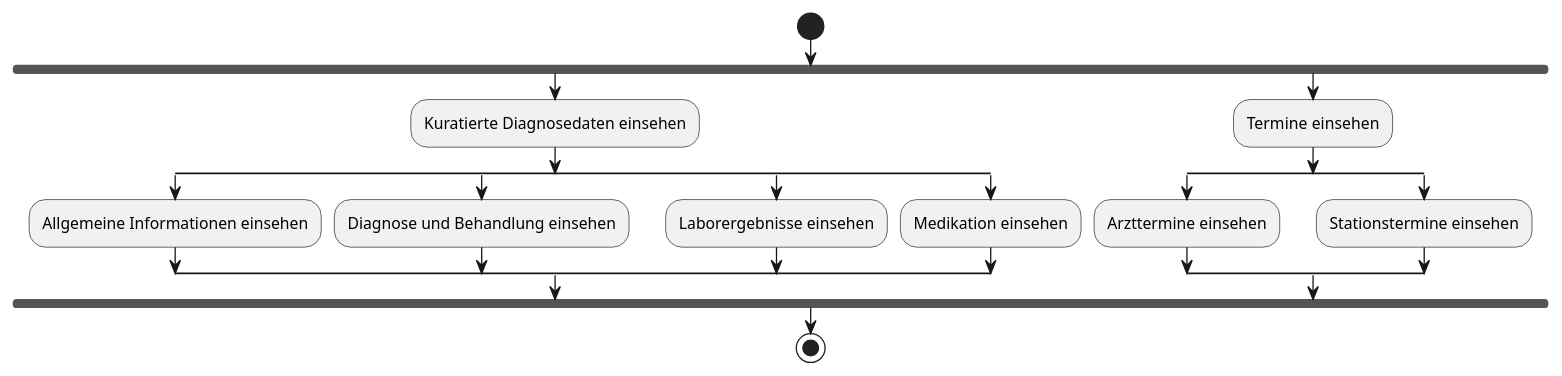
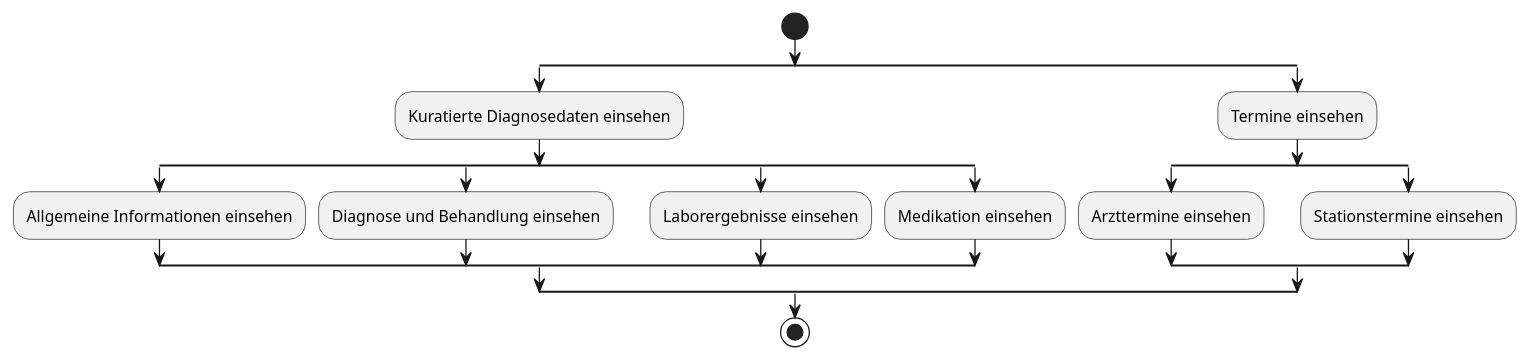
One commit to helenlaible/ss23-kba-project changed diagram 11 of 16 in docs/2_planning/3_activity_diagrams.md. Above: the diagram before and after it, drawn with PlantUML. The commit also changed other lines of this file, not shown here.

````diff
--- a/docs/2_planning/3_activity_diagrams.md
+++ b/docs/2_planning/3_activity_diagrams.md
@@ -313,28 +301,27 @@
 ```plantuml Krankendaten einsehen
 @startuml
 start
 
-fork
+split
   :Kuratierte Diagnosedaten einsehen;
   split
     :Allgemeine Informationen einsehen;
   split again  
     :Diagnose und Behandlung einsehen;
   split again  
     :Laborergebnisse einsehen;
   split again
     :Medikation einsehen;
   end split
-fork again
+split again
     :Termine einsehen;
   split  
     :Arzttermine einsehen; 
   split again
     :Stationstermine einsehen;
   end split
-end fork
+end split
 
 stop
 @enduml
-
 ```
````
